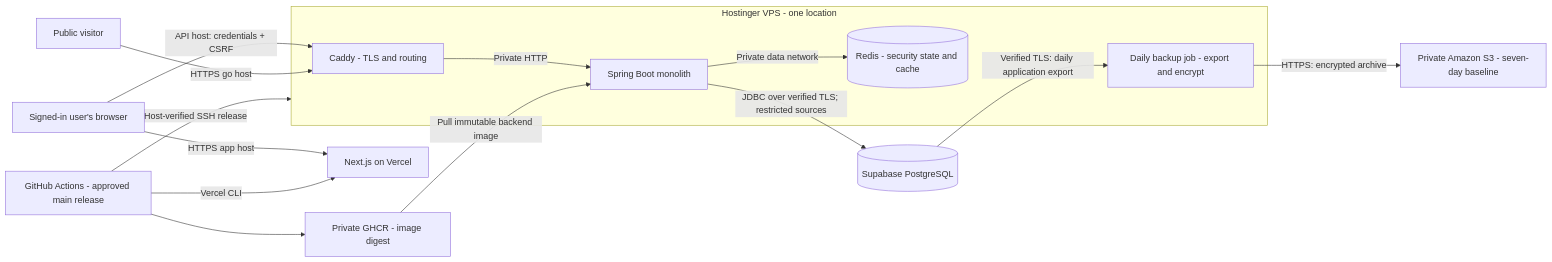
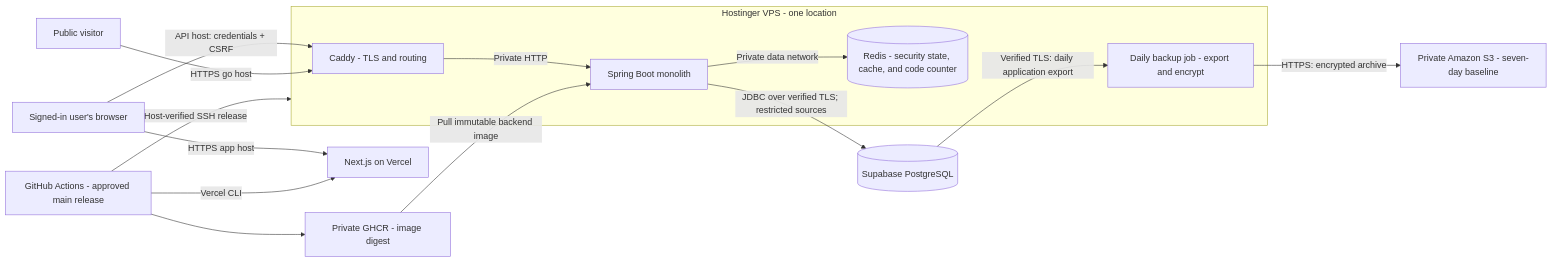
One commit to rahul2004a/TinyRoute changed the diagram in docs/architecture/architecture.md. Above: the diagram before and after it, drawn with Mermaid. The commit also changed other lines of this file and 3 other files, not shown here.

Commit message:
docs: align short code plan with Redis counter HLD

````diff
--- a/docs/architecture/architecture.md
+++ b/docs/architecture/architecture.md
@@ -163,18 +163,18 @@
 ```mermaid
 flowchart LR
   User[Signed-in user's browser] -->|HTTPS app host| UI[Next.js on Vercel]
   User -->|API host: credentials + CSRF| Proxy
   Visitor[Public visitor] -->|HTTPS go host| Proxy
   subgraph VPS[Hostinger VPS - one location]
     Proxy[Caddy - TLS and routing] -->|Private HTTP| Backend[Spring Boot monolith]
-    Backend -->|Private data network| Redis[(Redis - security state and cache)]
+    Backend -->|Private data network| Redis[(Redis - security state, cache, and code counter)]
     BackupJob[Daily backup job - export and encrypt]
   end
   Backend -->|JDBC over verified TLS; restricted sources| PG[(Supabase PostgreSQL)]
   PG -->|Verified TLS: daily application export| BackupJob
   BackupJob -->|HTTPS: encrypted archive| Backup[Private Amazon S3 - seven-day baseline]
   CI[GitHub Actions - approved main release] --> Registry[Private GHCR - image digest]
   CI -->|Host-verified SSH release| VPS
   CI -->|Vercel CLI| UI
   Registry -->|Pull immutable backend image| Backend
 ```
````
